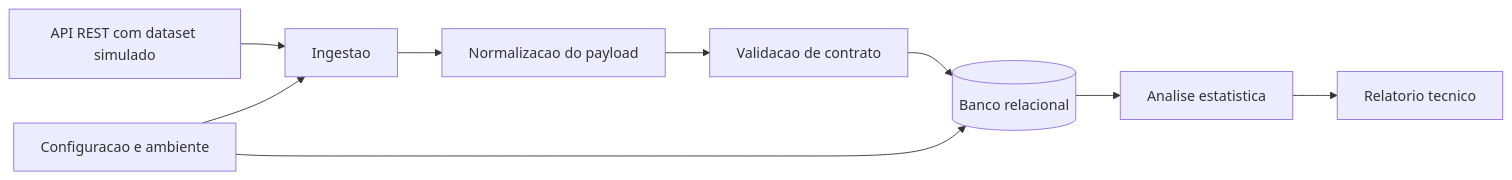
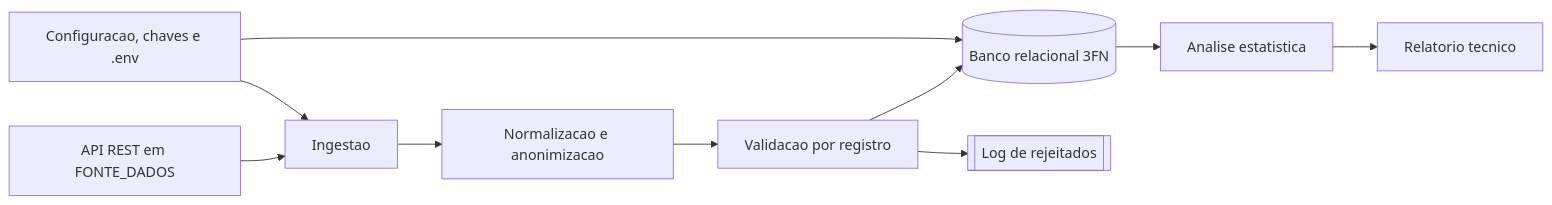
The diagram in docs/diagramas/diagrama-contexto.md (campagsi/data-science-ia), drawn with Mermaid before and after one commit. The commit also changed other lines of this file and 42 other files, not shown here.

First line of the commit message:
persistência idempotente no modelo 3FN e FONTE_DADOS

````diff
--- a/docs/diagramas/diagrama-contexto.md
+++ b/docs/diagramas/diagrama-contexto.md
@@ -1,11 +1,12 @@
 ```mermaid
 flowchart LR
-	Fonte[API REST com dataset simulado] --> Ingestao[Ingestao]
-	Ingestao --> Normalizacao[Normalizacao do payload]
-	Normalizacao --> Validacao[Validacao de contrato]
-	Validacao --> Banco[(Banco relacional)]
+	Fonte[API REST em FONTE_DADOS] --> Ingestao[Ingestao]
+	Config[Configuracao, chaves e .env] --> Ingestao
+	Ingestao --> Normalizacao[Normalizacao e anonimizacao]
+	Normalizacao --> Validacao[Validacao por registro]
+	Validacao --> Banco[(Banco relacional 3FN)]
+	Validacao --> Logs[[Log de rejeitados]]
 	Banco --> Analise[Analise estatistica]
 	Analise --> Relatorio[Relatorio tecnico]
-	Config[Configuracao e ambiente] --> Ingestao
 	Config --> Banco
 ```
````
